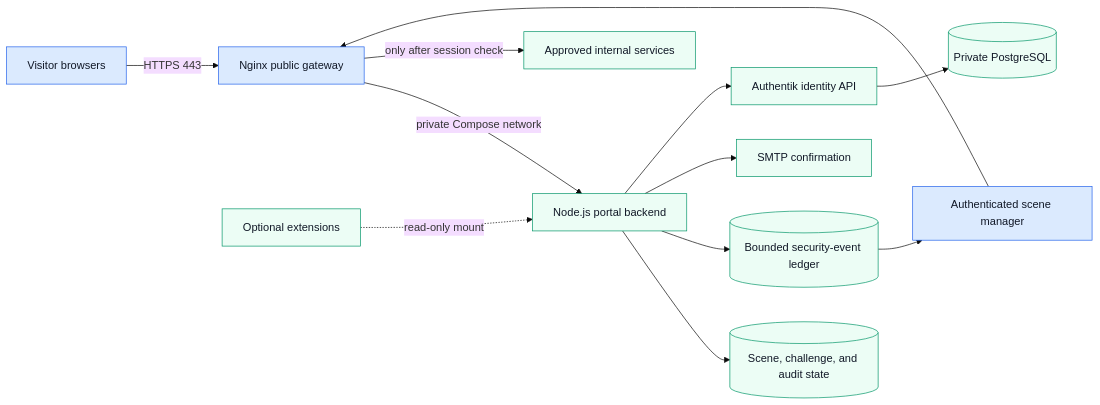
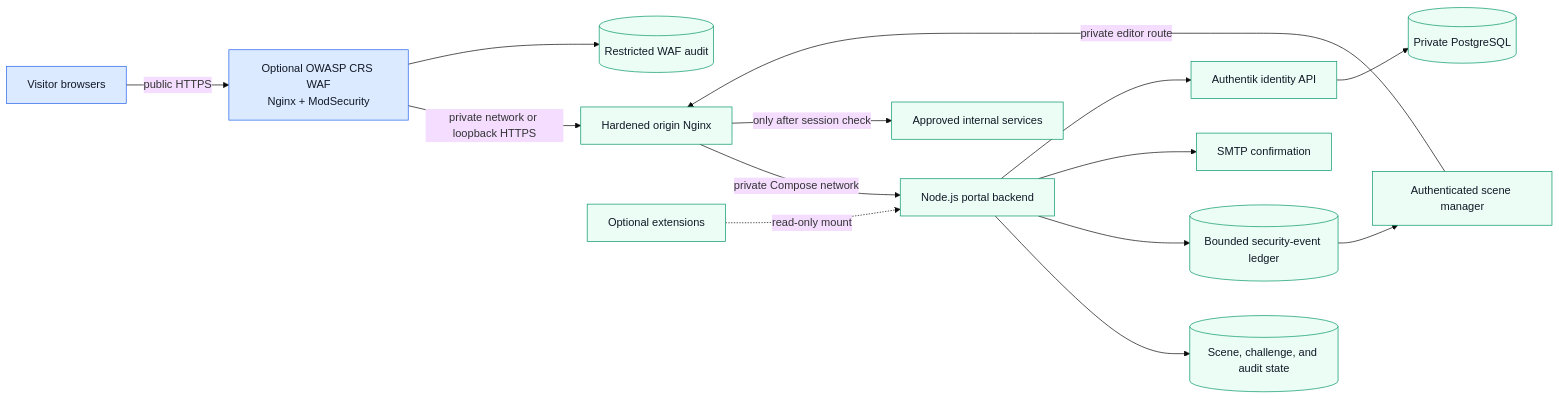
One commit to zipkindev/scene-access-gateway changed the diagram in README.md. Above: the diagram before and after it, drawn with Mermaid (base theme). The commit also changed other lines of this file and 13 other files, not shown here.

Commit message:
Track OWASP CRS WAF deployment component

````diff
--- a/README.md
+++ b/README.md
@@ -112,19 +115,21 @@
 ```mermaid
 flowchart LR
-    Visitor[Visitor browsers] -->|HTTPS 443| Gateway[Nginx public gateway]
-    Editor[Authenticated scene manager] --> Gateway
+    Visitor[Visitor browsers] -->|public HTTPS| WAF[Optional OWASP CRS WAF<br/>Nginx + ModSecurity]
+    WAF -->|private network or loopback HTTPS| Gateway[Hardened origin Nginx]
+    Editor[Authenticated scene manager] -->|private editor route| Gateway
     Gateway -->|private Compose network| Backend[Node.js portal backend]
     Gateway -->|only after session check| Services[Approved internal services]
+    WAF --> WafAudit[(Restricted WAF audit)]
     Backend --> State[(Scene, challenge, and audit state)]
     Backend --> Security[(Bounded security-event ledger)]
     Backend --> Mail[SMTP confirmation]
     Backend --> Authentik[Authentik identity API]
     Authentik --> Postgres[(Private PostgreSQL)]
     Security --> Editor
     Extension[Optional extensions] -. read-only mount .-> Backend
 
     classDef public fill:#dbeafe,stroke:#2563eb,color:#111827
     classDef private fill:#ecfdf5,stroke:#059669,color:#111827
-    class Visitor,Editor,Gateway public
-    class Backend,State,Security,Mail,Authentik,Postgres,Services,Extension private
+    class Visitor,WAF public
+    class Editor,Gateway,Backend,State,Security,Mail,Authentik,Postgres,Services,Extension,WafAudit private
 ```
````
